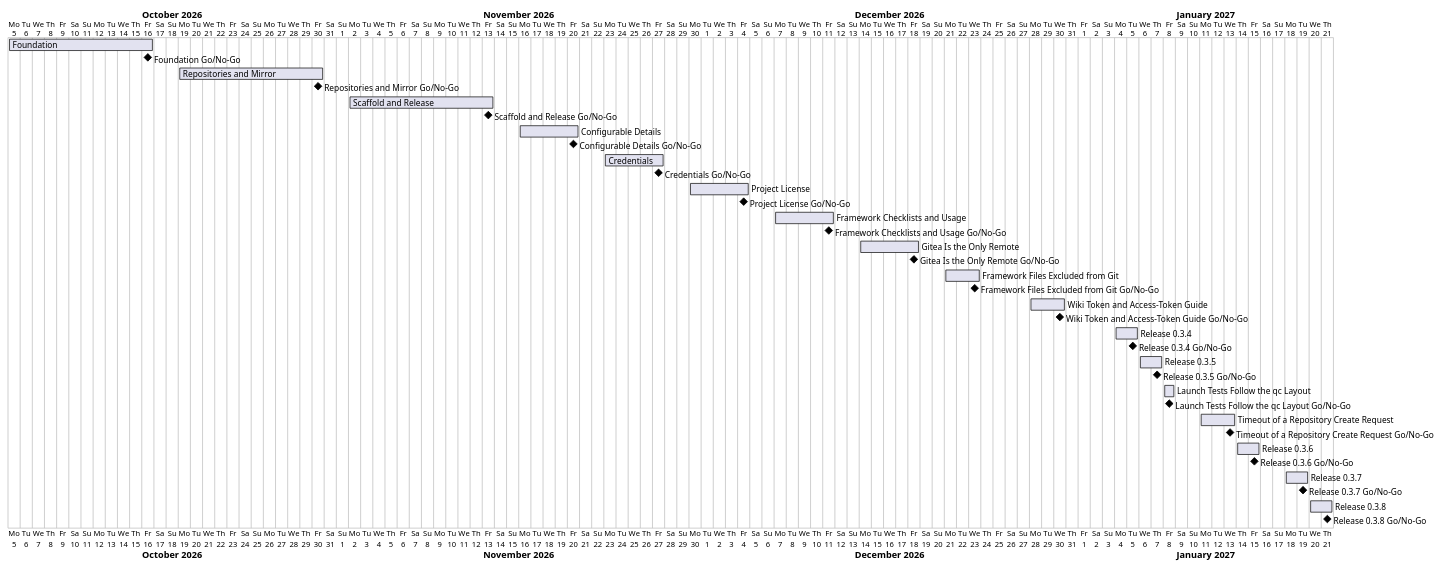
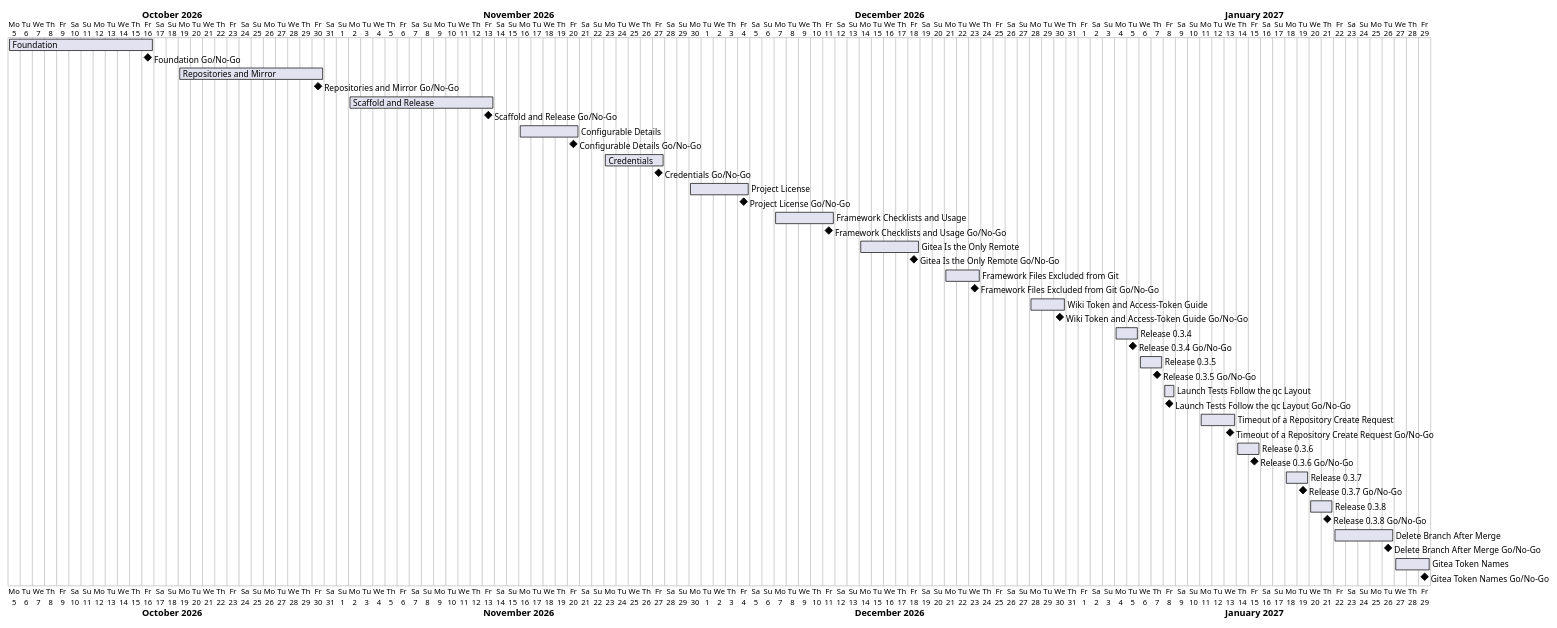
The diagram in docs/project-plan.md (TirSystem-BashScript/repo-foundry), drawn with PlantUML before and after one commit. The commit also changed other lines of this file and 6 other files, not shown here.

First line of the commit message:
Plan MIL-018 (delete branch after merge) and MIL-019 (Gitea token names)

````diff
--- a/docs/project-plan.md
+++ b/docs/project-plan.md
@@ -50,39 +52,43 @@
 ```plantuml
 @startgantt
 Project starts 2026-10-05
 [Foundation] starts 2026-10-05 and ends 2026-10-16
 [Foundation Go/No-Go] happens 2026-10-16
 [Repositories and Mirror] starts 2026-10-19 and ends 2026-10-30
 [Repositories and Mirror Go/No-Go] happens 2026-10-30
 [Scaffold and Release] starts 2026-11-02 and ends 2026-11-13
 [Scaffold and Release Go/No-Go] happens 2026-11-13
 [Configurable Details] starts 2026-11-16 and ends 2026-11-20
 [Configurable Details Go/No-Go] happens 2026-11-20
 [Credentials] starts 2026-11-23 and ends 2026-11-27
 [Credentials Go/No-Go] happens 2026-11-27
 [Project License] starts 2026-11-30 and ends 2026-12-04
 [Project License Go/No-Go] happens 2026-12-04
 [Framework Checklists and Usage] starts 2026-12-07 and ends 2026-12-11
 [Framework Checklists and Usage Go/No-Go] happens 2026-12-11
 [Gitea Is the Only Remote] starts 2026-12-14 and ends 2026-12-18
 [Gitea Is the Only Remote Go/No-Go] happens 2026-12-18
 [Framework Files Excluded from Git] starts 2026-12-21 and ends 2026-12-23
 [Framework Files Excluded from Git Go/No-Go] happens 2026-12-23
 [Wiki Token and Access-Token Guide] starts 2026-12-28 and ends 2026-12-30
 [Wiki Token and Access-Token Guide Go/No-Go] happens 2026-12-30
 [Release 0.3.4] starts 2027-01-04 and ends 2027-01-05
 [Release 0.3.4 Go/No-Go] happens 2027-01-05
 [Release 0.3.5] starts 2027-01-06 and ends 2027-01-07
 [Release 0.3.5 Go/No-Go] happens 2027-01-07
 [Launch Tests Follow the qc Layout] starts 2027-01-08 and ends 2027-01-08
 [Launch Tests Follow the qc Layout Go/No-Go] happens 2027-01-08
 [Timeout of a Repository Create Request] starts 2027-01-11 and ends 2027-01-13
 [Timeout of a Repository Create Request Go/No-Go] happens 2027-01-13
 [Release 0.3.6] starts 2027-01-14 and ends 2027-01-15
 [Release 0.3.6 Go/No-Go] happens 2027-01-15
 [Release 0.3.7] starts 2027-01-18 and ends 2027-01-19
 [Release 0.3.7 Go/No-Go] happens 2027-01-19
 [Release 0.3.8] starts 2027-01-20 and ends 2027-01-21
 [Release 0.3.8 Go/No-Go] happens 2027-01-21
+[Delete Branch After Merge] starts 2027-01-22 and ends 2027-01-26
+[Delete Branch After Merge Go/No-Go] happens 2027-01-26
+[Gitea Token Names] starts 2027-01-27 and ends 2027-01-29
+[Gitea Token Names Go/No-Go] happens 2027-01-29
 @endgantt
 ```
````
